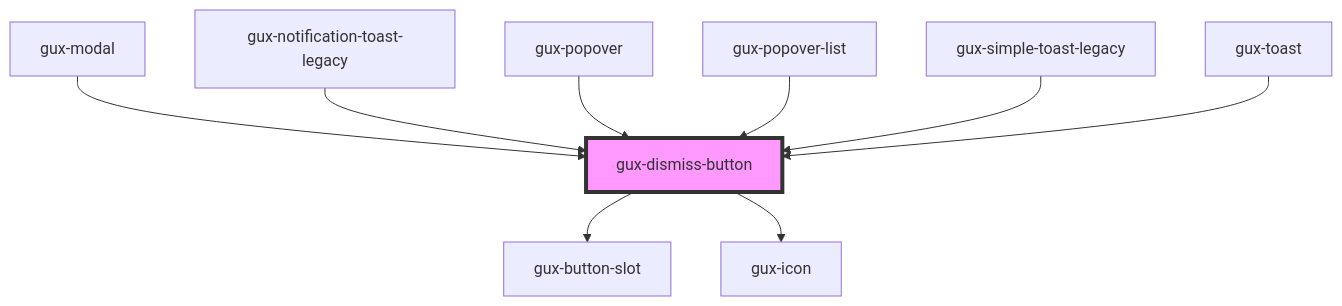
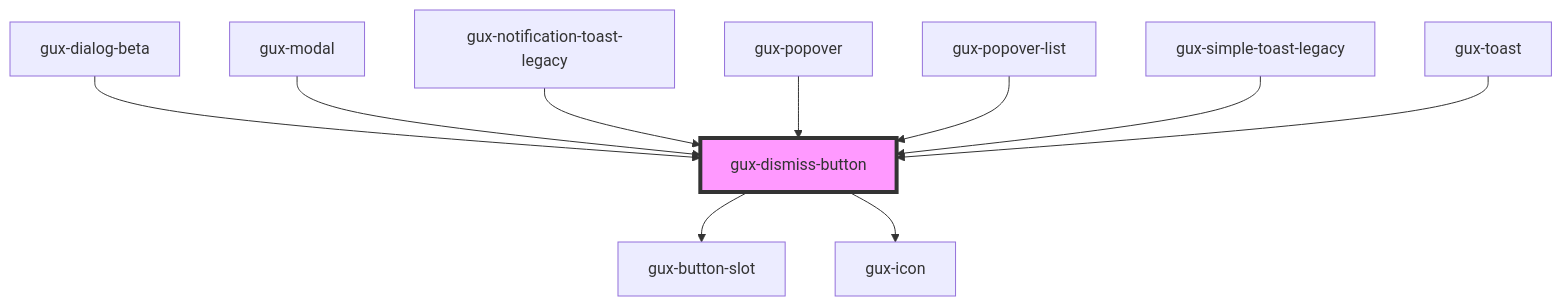
Before and after one commit to MyPureCloud/genesys-spark: the diagram in packages/genesys-spark-components/src/components/stable/gux-dismiss-button/readme.md, drawn with Mermaid. The commit also changed other lines of this file and 12 other files, not shown here.

First line of the commit message:
chore(gux-dialog-beta): pOC for modal component that uses dialog element

````diff
--- a/packages/genesys-spark-components/src/components/stable/gux-dismiss-button/readme.md
+++ b/packages/genesys-spark-components/src/components/stable/gux-dismiss-button/readme.md
@@ -32,12 +33,13 @@
 ```mermaid
 graph TD;
   gux-dismiss-button --> gux-button-slot
   gux-dismiss-button --> gux-icon
+  gux-dialog-beta --> gux-dismiss-button
   gux-modal --> gux-dismiss-button
   gux-notification-toast-legacy --> gux-dismiss-button
   gux-popover --> gux-dismiss-button
   gux-popover-list --> gux-dismiss-button
   gux-simple-toast-legacy --> gux-dismiss-button
   gux-toast --> gux-dismiss-button
   style gux-dismiss-button fill:#f9f,stroke:#333,stroke-width:4px
 ```
````
